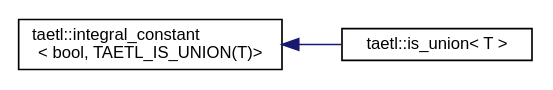
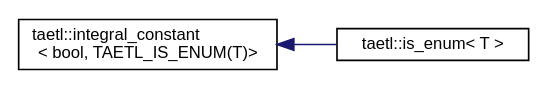
Before and after one commit to tobanteAudio/taetl: the diagram in inherit_graph_13.dot, drawn with Graphviz. The commit also changed 155 other files, not shown here.

```diff
--- a/inherit_graph_13.dot
+++ b/inherit_graph_13.dot
@@ -1,9 +1,9 @@
 digraph "Graphical Class Hierarchy"
 {
   edge [fontname="Helvetica",fontsize="10",labelfontname="Helvetica",labelfontsize="10"];
   node [fontname="Helvetica",fontsize="10",shape=record];
   rankdir="LR";
-  Node0 [label="taetl::integral_constant\l\< bool, TAETL_IS_UNION(T)\>",height=0.2,width=0.4,color="black", fillcolor="white", style="filled",URL="$structtaetl_1_1integral__constant.html"];
+  Node0 [label="taetl::integral_constant\l\< bool, TAETL_IS_ENUM(T)\>",height=0.2,width=0.4,color="black", fillcolor="white", style="filled",URL="$structtaetl_1_1integral__constant.html"];
   Node0 -> Node1 [dir="back",color="midnightblue",fontsize="10",style="solid",fontname="Helvetica"];
-  Node1 [label="taetl::is_union\< T \>",height=0.2,width=0.4,color="black", fillcolor="white", style="filled",URL="$structtaetl_1_1is__union.html"];
+  Node1 [label="taetl::is_enum\< T \>",height=0.2,width=0.4,color="black", fillcolor="white", style="filled",URL="$structtaetl_1_1is__enum.html"];
 }
```
